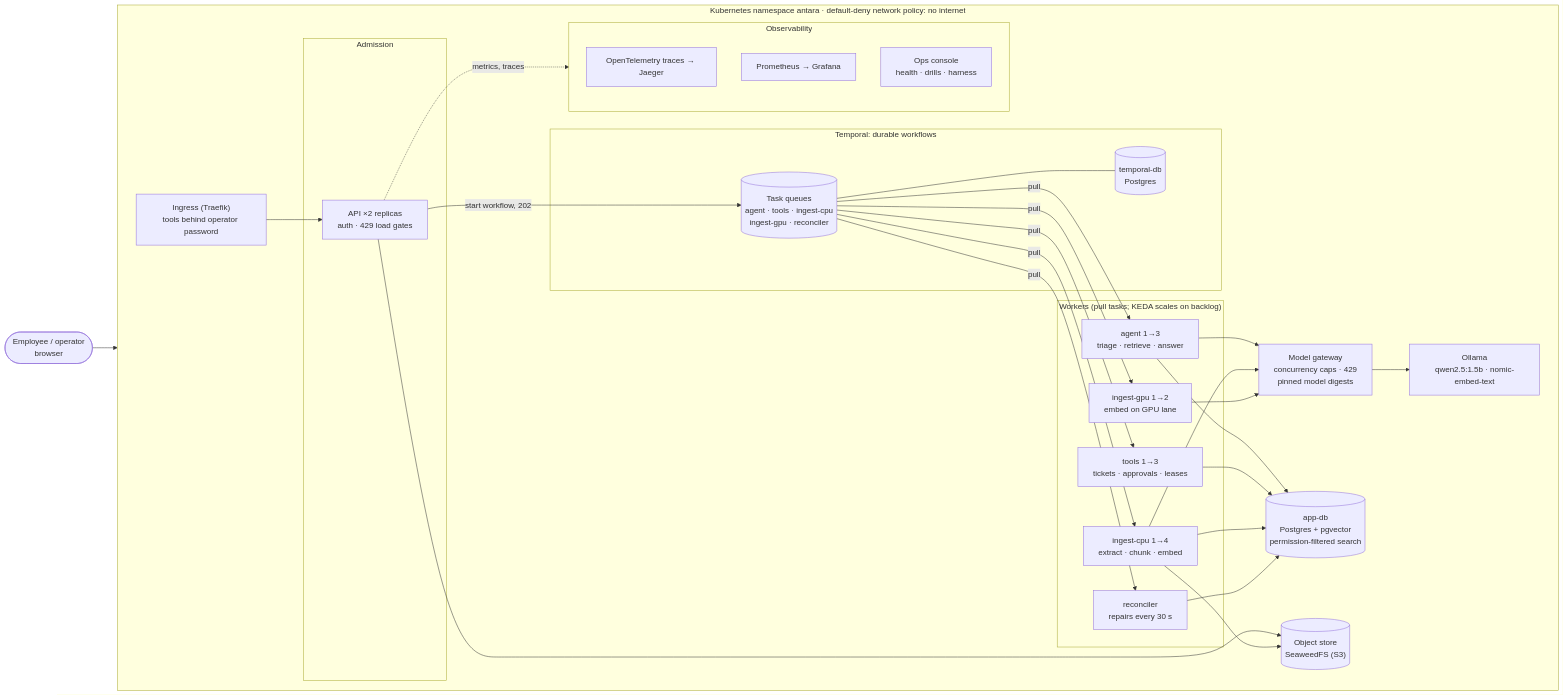
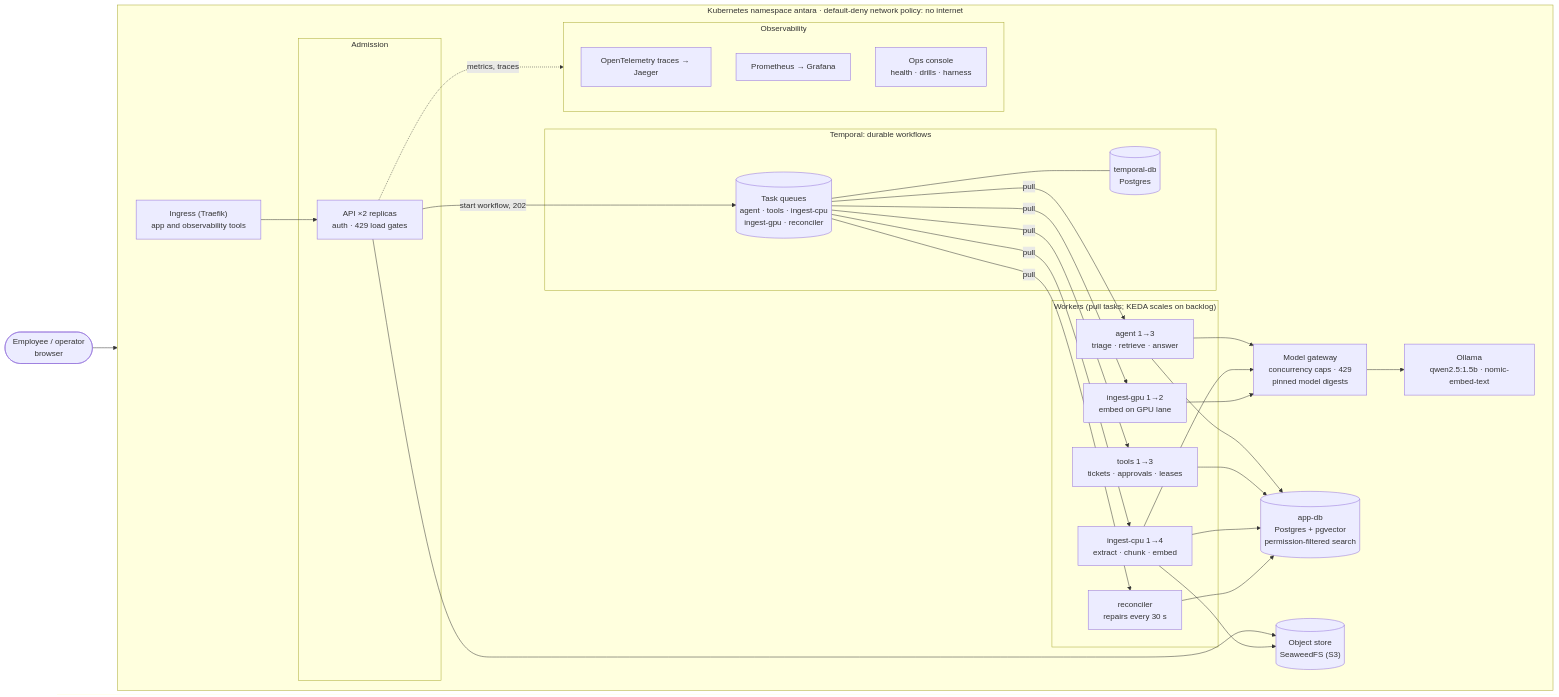
The diagram in docs/ARCHITECTURE.md (ranadhir-rikkala/273-Antara), drawn with Mermaid before and after one commit. The commit also changed 6 other files, not shown here.

Commit message:
Open the observability tools without a login

````diff
--- a/docs/ARCHITECTURE.md
+++ b/docs/ARCHITECTURE.md
@@ -7,46 +7,46 @@
 ```mermaid
 flowchart LR
     user([Employee / operator<br/>browser])
 
     subgraph cluster["Kubernetes namespace antara · default-deny network policy: no internet"]
         direction LR
-        ingress["Ingress (Traefik)<br/>tools behind operator password"]
+        ingress["Ingress (Traefik)<br/>app and observability tools"]
 
         subgraph edge["Admission"]
             api["API ×2 replicas<br/>auth · 429 load gates"]
         end
 
         subgraph temporal["Temporal: durable workflows"]
             tq[("Task queues<br/>agent · tools · ingest-cpu<br/>ingest-gpu · reconciler")]
             tdb[("temporal-db<br/>Postgres")]
         end
 
         subgraph workers["Workers (pull tasks; KEDA scales on backlog)"]
             agent["agent 1→3<br/>triage · retrieve · answer"]
             tools["tools 1→3<br/>tickets · approvals · leases"]
             icpu["ingest-cpu 1→4<br/>extract · chunk · embed"]
             igpu["ingest-gpu 1→2<br/>embed on GPU lane"]
             recon["reconciler<br/>repairs every 30 s"]
         end
 
         gateway["Model gateway<br/>concurrency caps · 429<br/>pinned model digests"]
         ollama["Ollama<br/>qwen2.5:1.5b · nomic-embed-text"]
         appdb[("app-db<br/>Postgres + pgvector<br/>permission-filtered search")]
         s3[("Object store<br/>SeaweedFS (S3)")]
 
         subgraph obs["Observability"]
             otel["OpenTelemetry traces → Jaeger"]
             prom["Prometheus → Grafana"]
             ops["Ops console<br/>health · drills · harness"]
         end
     end
 
     user --> ingress --> api
     api -- "start workflow, 202" --> tq
     tq --- tdb
     tq -- "pull" --> agent & tools & icpu & igpu & recon
     agent & icpu & igpu --> gateway --> ollama
     agent & tools & icpu & recon --> appdb
     api & icpu --> s3
     api -. "metrics, traces" .-> obs
 ```
````
